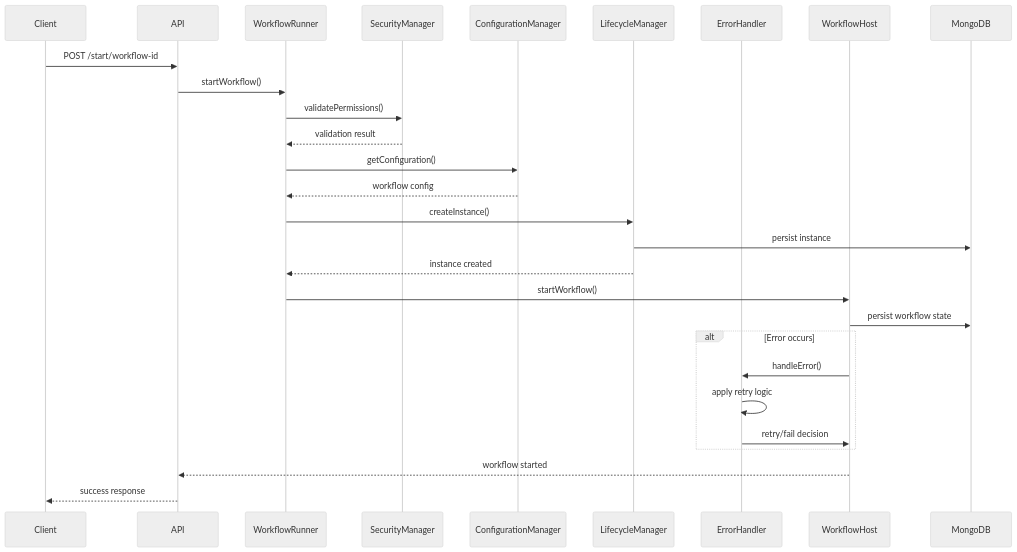
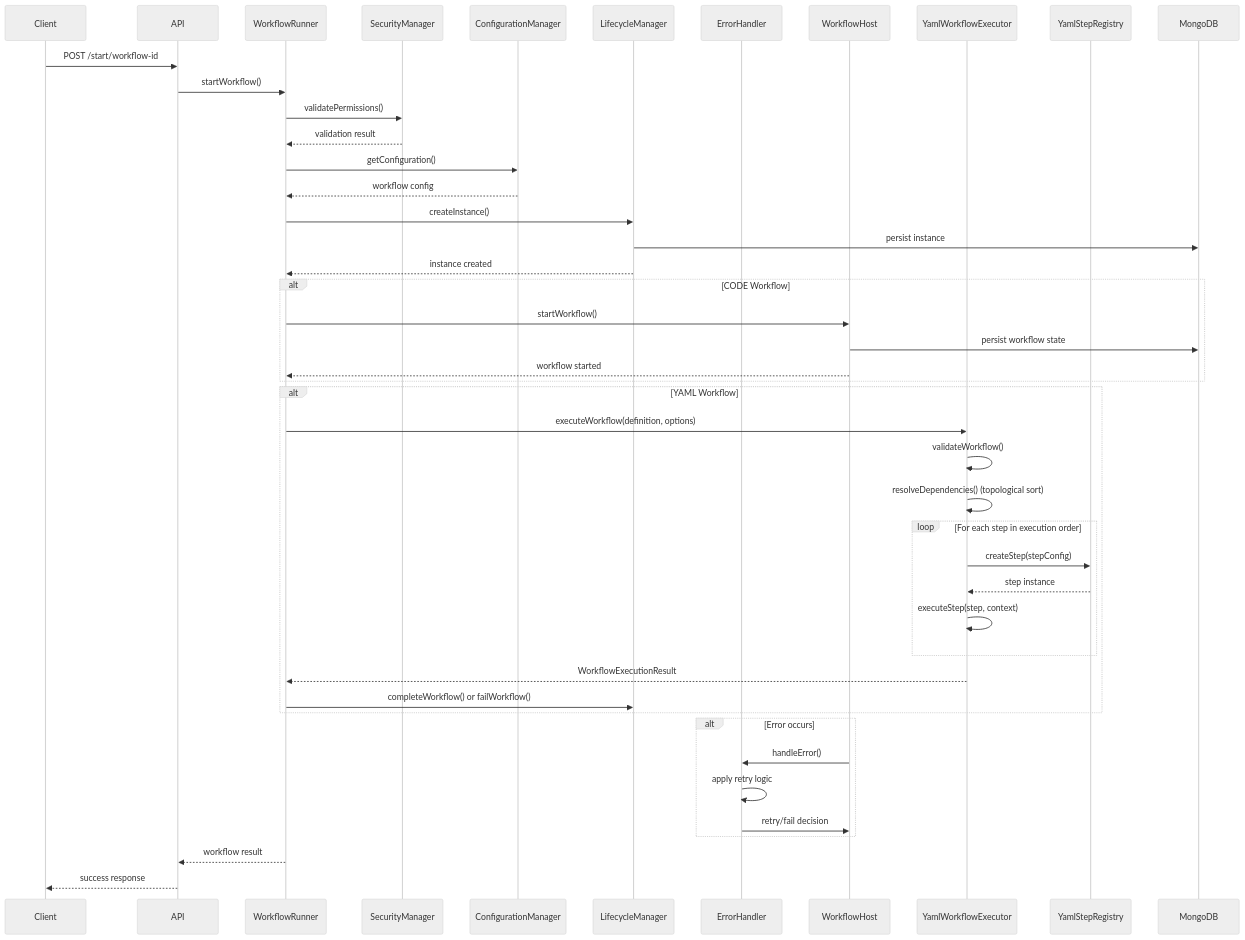
The second of 11 diagrams in src/modules/reactory-core/workflow/README.md (reactorynet/reactory-express-server), drawn with Mermaid (neutral theme) before and after one commit. The commit also changed other lines of this file and 1 other file, not shown here.

Commit message:
refactor(workflow): update directory structure and enhance documentation for workflow components

````diff
--- a/src/modules/reactory-core/workflow/README.md
+++ b/src/modules/reactory-core/workflow/README.md
@@ -72,33 +97,52 @@
 ```mermaid
 sequenceDiagram
     participant Client
     participant API
     participant WR as WorkflowRunner
     participant SM as SecurityManager
     participant CM as ConfigurationManager
     participant LCM as LifecycleManager
     participant EH as ErrorHandler
     participant WH as WorkflowHost
+    participant YE as YamlWorkflowExecutor
+    participant SR as YamlStepRegistry
     participant DB as MongoDB
-    
+
     Client->>API: POST /start/workflow-id
     API->>WR: startWorkflow()
     WR->>SM: validatePermissions()
     SM-->>WR: validation result
     WR->>CM: getConfiguration()
     CM-->>WR: workflow config
     WR->>LCM: createInstance()
     LCM->>DB: persist instance
     LCM-->>WR: instance created
-    WR->>WH: startWorkflow()
-    WH->>DB: persist workflow state
-    
+
+    alt CODE Workflow
+        WR->>WH: startWorkflow()
+        WH->>DB: persist workflow state
+        WH-->>WR: workflow started
+    end
+
+    alt YAML Workflow
+        WR->>YE: executeWorkflow(definition, options)
+        YE->>YE: validateWorkflow()
+        YE->>YE: resolveDependencies() (topological sort)
+        loop For each step in execution order
+            YE->>SR: createStep(stepConfig)
+            SR-->>YE: step instance
+            YE->>YE: executeStep(step, context)
+        end
+        YE-->>WR: WorkflowExecutionResult
+        WR->>LCM: completeWorkflow() or failWorkflow()
+    end
+
     alt Error occurs
         WH->>EH: handleError()
         EH->>EH: apply retry logic
         EH->>WH: retry/fail decision
     end
-    
-    WH-->>API: workflow started
+
+    WR-->>API: workflow result
     API-->>Client: success response
 ```
````
